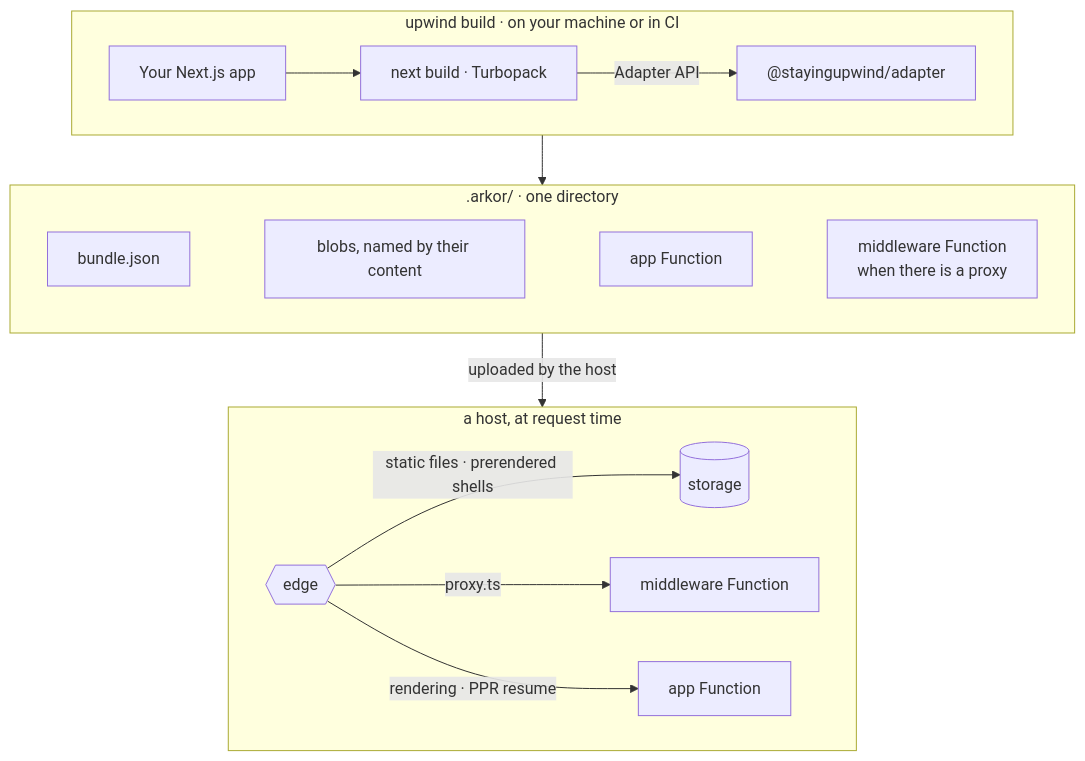
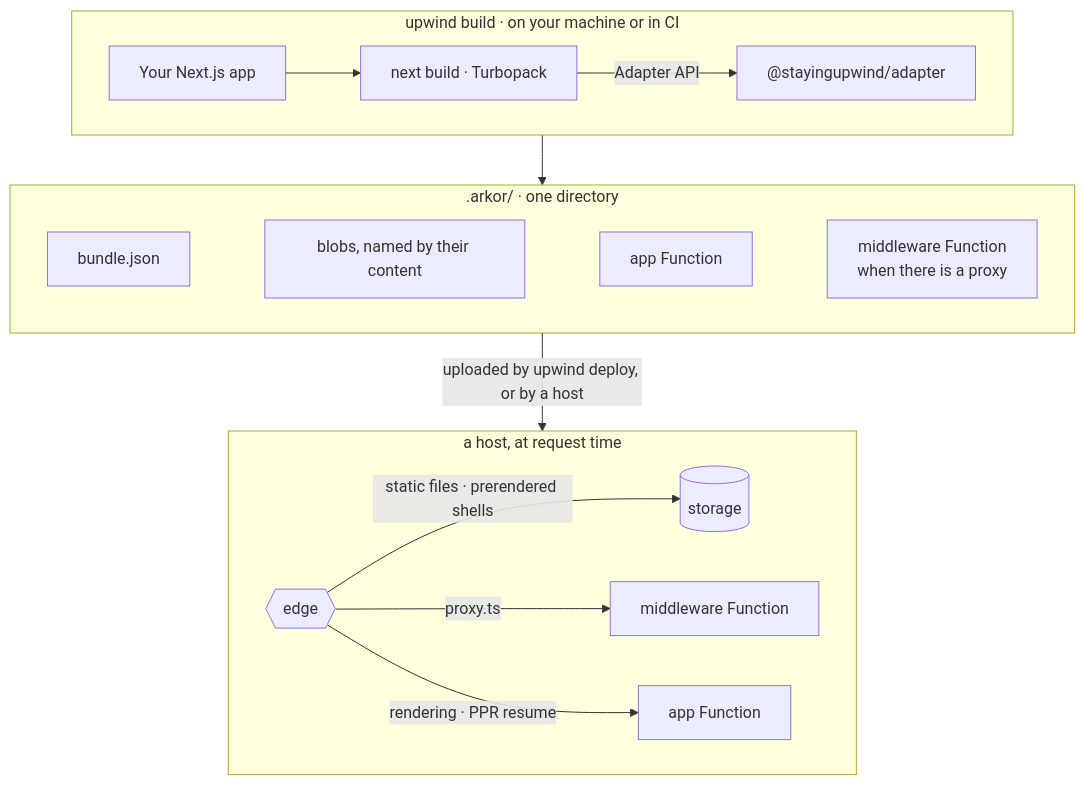
Before and after one commit to arkorlab/upwind: the first of 2 diagrams in README.md, drawn with Mermaid. The commit also changed other lines of this file and 5 other files, not shown here.

First line of the commit message:
ci(upwind): deploy to a real Cloudflare account, check, and destroy

````diff
--- a/README.md
+++ b/README.md
@@ -68,23 +68,23 @@
 ```mermaid
 flowchart TB
   subgraph build ["upwind build · on your machine or in CI"]
     direction LR
     app["Your Next.js app"] --> nb["next build · Turbopack"]
     nb -- "Adapter API" --> ad["@stayingupwind/adapter"]
   end
 
   subgraph bundle [".arkor/ · one directory"]
     direction LR
     bj["bundle.json"] ~~~ bl["blobs, named by their content"] ~~~ fa["app Function"] ~~~ fm["middleware Function<br/>when there is a proxy"]
   end
 
   subgraph serve ["a host, at request time"]
     direction LR
     edge{{"edge"}} -- "static files · prerendered shells" --> st[("storage")]
     edge -- "proxy.ts" --> mw["middleware Function"]
     edge -- "rendering · PPR resume" --> fn["app Function"]
   end
 
   build --> bundle
-  bundle -- "uploaded by the host" --> serve
+  bundle -- "uploaded by upwind deploy, or by a host" --> serve
 ```
````
